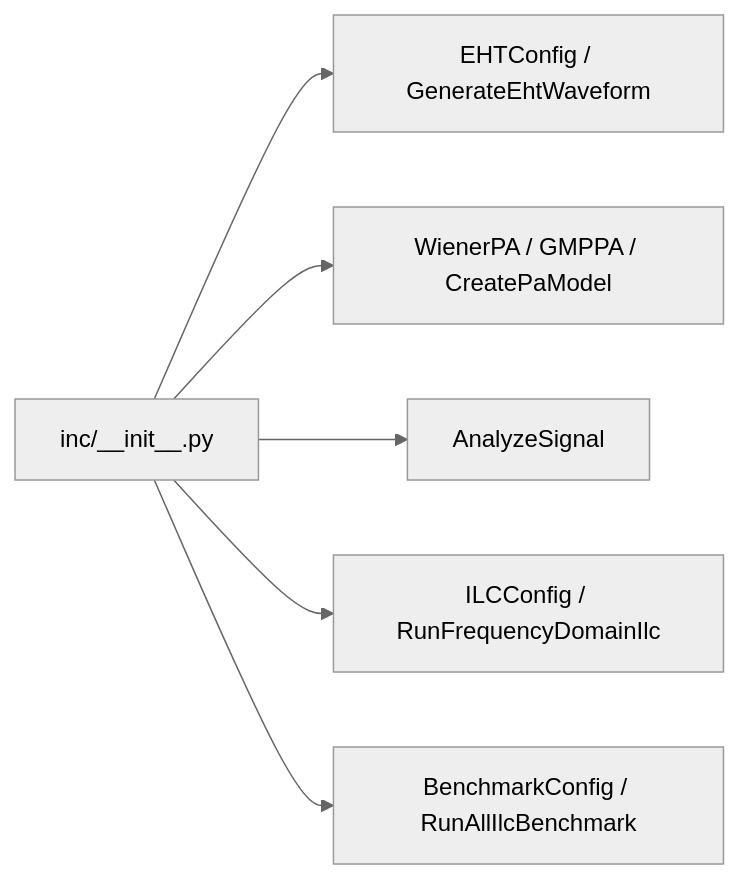
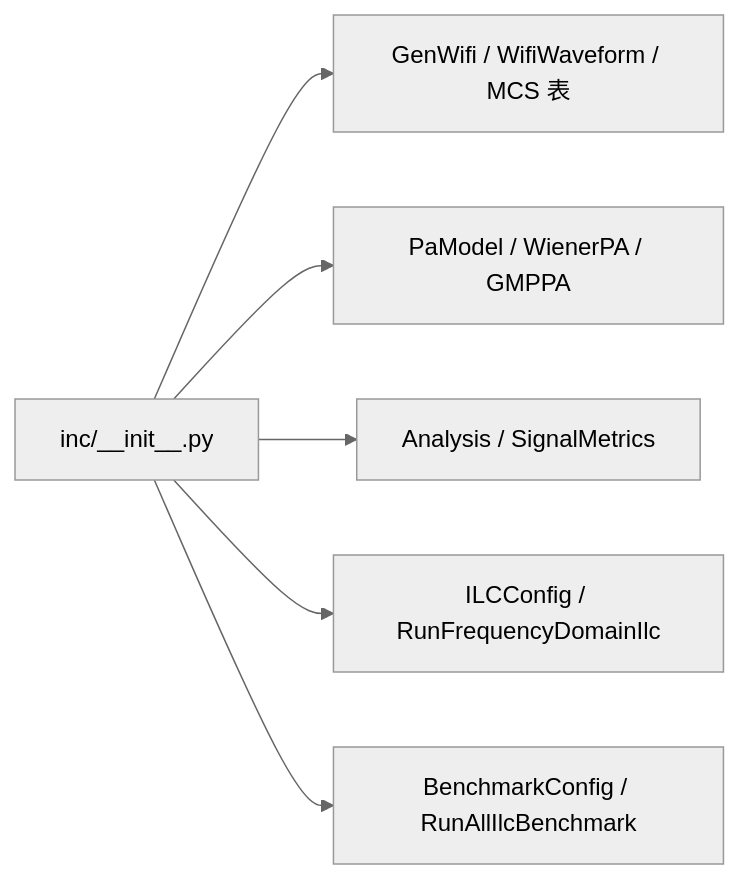
One commit to niyilu45/DPD_ILC changed the ninth of 9 diagrams in README.md. Above: the diagram before and after it, drawn with Mermaid (neutral theme). The commit also changed other lines of this file and 8 other files, not shown here.

````diff
--- a/README.md
+++ b/README.md
@@ -299,8 +313,8 @@
 ```mermaid
 flowchart LR
-    init["inc/__init__.py"] --> waveApi["EHTConfig / GenerateEhtWaveform"]
-    init --> paApi["WienerPA / GMPPA / CreatePaModel"]
-    init --> analysisApi["AnalyzeSignal"]
+    init["inc/__init__.py"] --> waveApi["GenWifi / WifiWaveform / MCS 表"]
+    init --> paApi["PaModel / WienerPA / GMPPA"]
+    init --> analysisApi["Analysis / SignalMetrics"]
     init --> ilcApi["ILCConfig / RunFrequencyDomainIlc"]
     init --> benchmarkApi["BenchmarkConfig / RunAllIlcBenchmark"]
 ```
````
